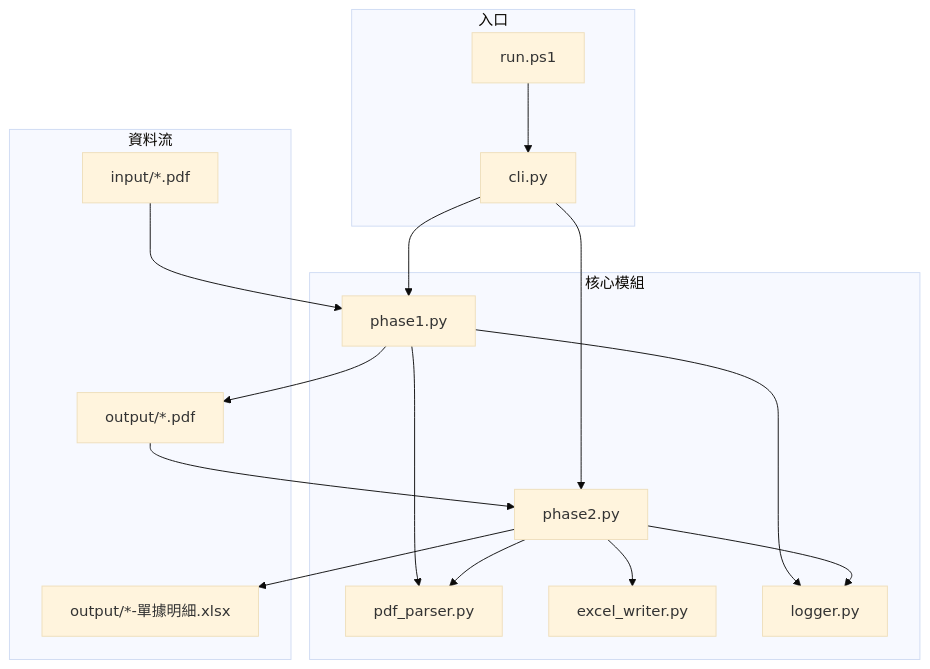
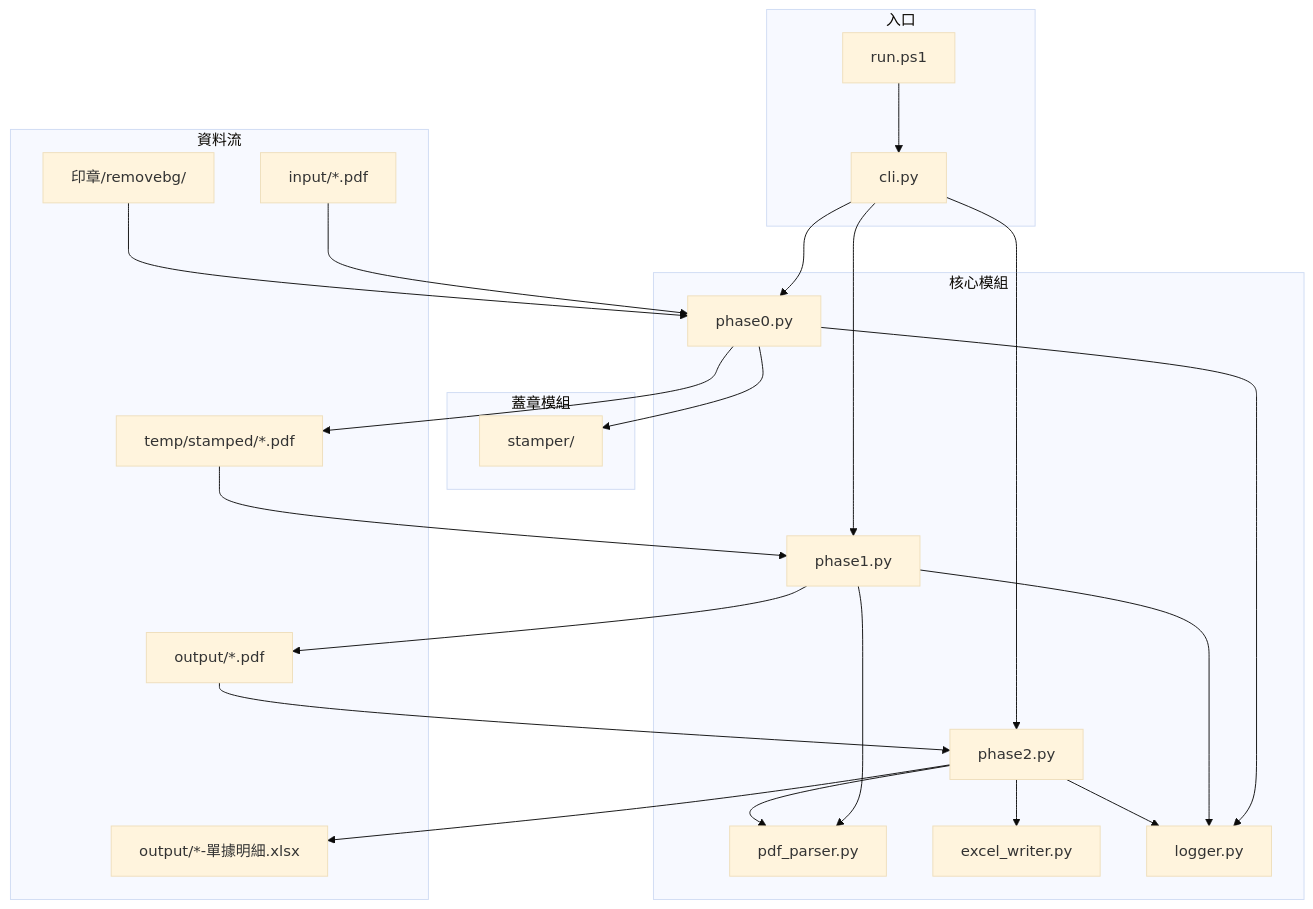
One commit to sean3808/auto-counts-documents-and-product-number changed the diagram in CLAUDE.md. Above: the diagram before and after it, drawn with Mermaid (base theme). The commit also changed other lines of this file, not shown here.

First line of the commit message:
docs: update CLAUDE.md with Phase 0 documentation

````diff
--- a/CLAUDE.md
+++ b/CLAUDE.md
@@ -11,35 +11,48 @@
 ```mermaid
 flowchart TB
     subgraph 入口
         run[run.ps1]
         cli[cli.py]
     end
 
     subgraph 核心模組
+        phase0[phase0.py]
         phase1[phase1.py]
         phase2[phase2.py]
         parser[pdf_parser.py]
         excel[excel_writer.py]
         logger[logger.py]
     end
 
+    subgraph 蓋章模組
+        stamper[stamper/]
+    end
+
     subgraph 資料流
         input[input/*.pdf]
+        stamps[印章/removebg/]
+        temp[temp/stamped/*.pdf]
         output_pdf[output/*.pdf]
         output_xlsx[output/*-單據明細.xlsx]
     end
 
     run --> cli
+    cli --> phase0
     cli --> phase1
     cli --> phase2
+    phase0 --> stamper
+    phase0 --> logger
     phase1 --> parser
     phase1 --> logger
     phase2 --> parser
     phase2 --> excel
     phase2 --> logger
 
-    input --> phase1
+    input --> phase0
+    stamps --> phase0
+    phase0 --> temp
+    temp --> phase1
     phase1 --> output_pdf
     output_pdf --> phase2
     phase2 --> output_xlsx
 ```
````
